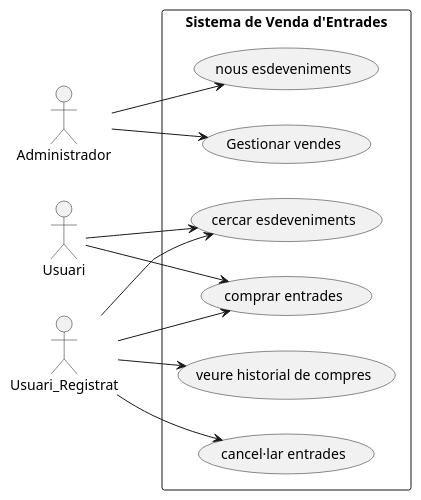
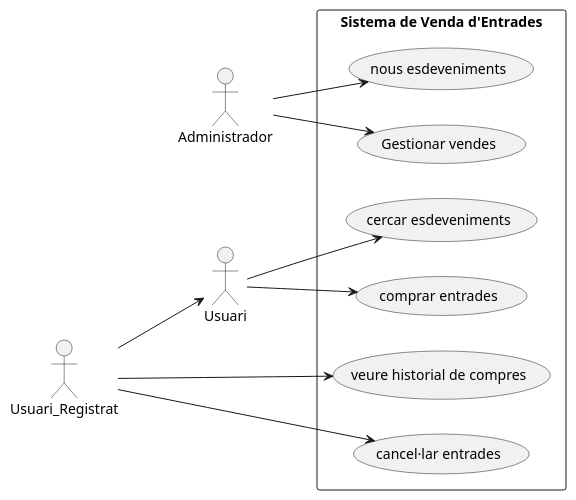
The diagram in src/entrades.puml (Isildu/UML2), drawn with PlantUML before and after one commit. The commit also changed 4 other files, not shown here.

```diff
--- a/src/entrades.puml
+++ b/src/entrades.puml
@@ -1,18 +1,18 @@
 @startuml
 left to right direction
 
 actor Administrador
 actor Usuari
 actor Usuari_Registrat
 
 rectangle "Sistema de Venda d'Entrades" {
    Usuari --> (cercar esdeveniments)
    Usuari --> (comprar entrades)
-   Usuari_Registrat  --> (cercar esdeveniments)
-   Usuari_Registrat  --> (comprar entrades)
+
+   Usuari_Registrat  --> Usuari
    Usuari_Registrat  --> (veure historial de compres)
    Usuari_Registrat  --> (cancel·lar entrades)
    Administrador --> (nous esdeveniments)
    Administrador --> (Gestionar vendes)
 }
 @enduml
```
